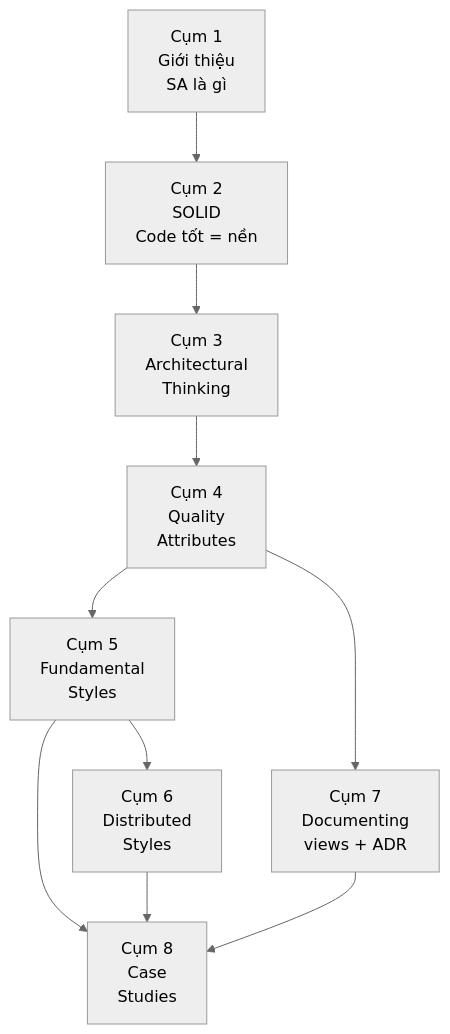
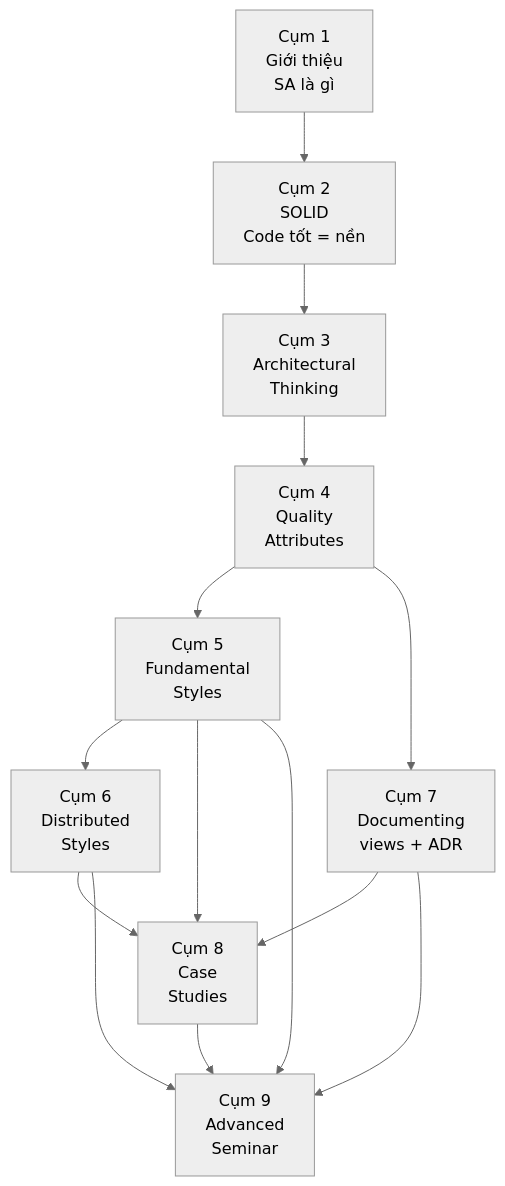
Before and after one commit to tuandung222/software-architecture-foundation: the diagram in docs/resources/course-summary.md, drawn with Mermaid (neutral theme). The commit also changed other lines of this file and 32 other files, not shown here.

Commit message:
Add advanced architecture seminar topics

````diff
--- a/docs/resources/course-summary.md
+++ b/docs/resources/course-summary.md
@@ -14,21 +14,26 @@
 ```mermaid
 graph TD
     C1[Cụm 1<br/>Giới thiệu<br/>SA là gì]
     C2[Cụm 2<br/>SOLID<br/>Code tốt = nền]
     C3[Cụm 3<br/>Architectural<br/>Thinking]
     C4[Cụm 4<br/>Quality<br/>Attributes]
     C5[Cụm 5<br/>Fundamental<br/>Styles]
     C6[Cụm 6<br/>Distributed<br/>Styles]
     C7[Cụm 7<br/>Documenting<br/>views + ADR]
     C8[Cụm 8<br/>Case<br/>Studies]
+    C9[Cụm 9<br/>Advanced<br/>Seminar]
     
     C1 --> C2
     C2 --> C3
     C3 --> C4
     C4 --> C5
     C5 --> C6
     C4 --> C7
     C5 --> C8
     C6 --> C8
     C7 --> C8
+    C8 --> C9
+    C5 --> C9
+    C6 --> C9
+    C7 --> C9
 ```
````
